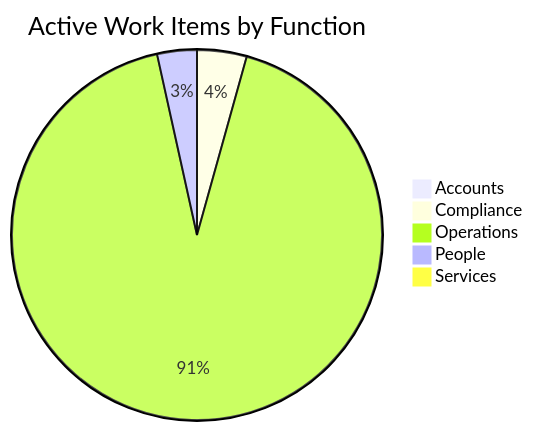
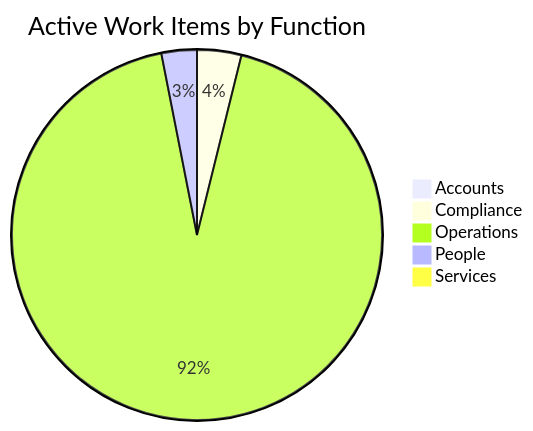
One commit to mgosal/5et.uk changed the first of 3 diagrams in dashboard.md. Above: the diagram before and after it, drawn with Mermaid. The commit also changed other lines of this file and 6 other files, not shown here.

````diff
--- a/dashboard.md
+++ b/dashboard.md
@@ -299,8 +573,8 @@
 ```mermaid
 pie title Active Work Items by Function
     "Accounts" : 2
     "Compliance" : 10
-    "Operations" : 213
+    "Operations" : 241
     "People" : 8
     "Services" : 1
 ```
````
